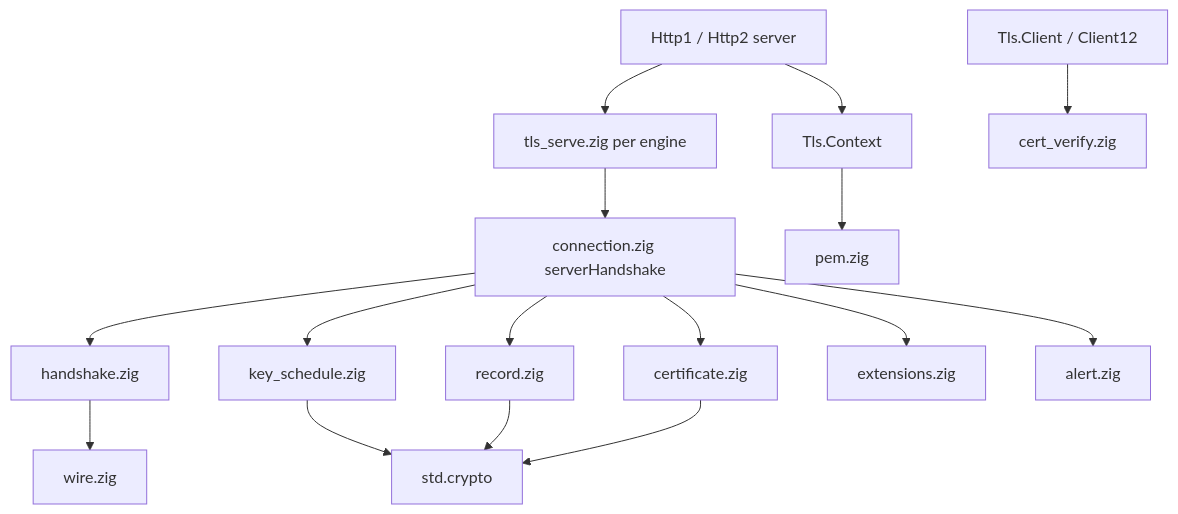
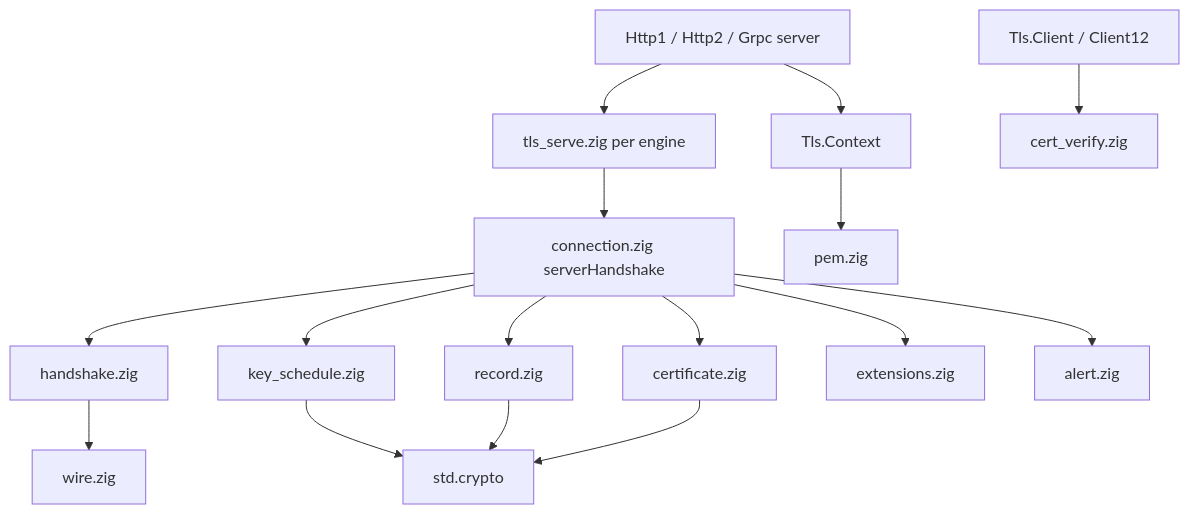
The first of 2 diagrams in docs/hld-tls-en.md (prothegee/zix), drawn with Mermaid before and after one commit. The commit also changed other lines of this file and 1 other file, not shown here.

Commit message:
update tls hld for grpc and terminator

````diff
--- a/docs/hld-tls-en.md
+++ b/docs/hld-tls-en.md
@@ -15,18 +15,18 @@
 ```mermaid
 graph TD
-    APP[Http1 / Http2 server] --> CTX[Tls.Context]
+    APP[Http1 / Http2 / Grpc server] --> CTX[Tls.Context]
     APP --> SRV[tls_serve.zig per engine]
     SRV --> CONN[connection.zig serverHandshake]
     CONN --> HS[handshake.zig]
     CONN --> KS[key_schedule.zig]
     CONN --> REC[record.zig]
     CONN --> CERT[certificate.zig]
     CONN --> EXT[extensions.zig]
     CONN --> AL[alert.zig]
     CTX --> PEM[pem.zig]
     CLI[Tls.Client / Client12] --> CV[cert_verify.zig]
     HS --> WIRE[wire.zig]
     KS --> STD[std.crypto]
     REC --> STD
     CERT --> STD
 ```
````
